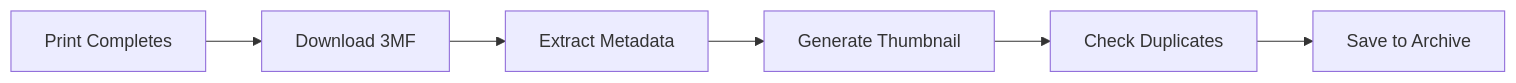
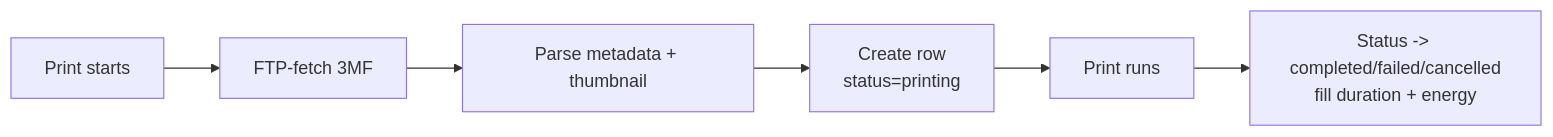
Before and after one commit to kainpl/bamdude: the diagram in docs/features/archiving.md, drawn with Mermaid. The commit also changed other lines of this file and 84 other files, not shown here.

````diff
--- a/docs/features/archiving.md
+++ b/docs/features/archiving.md
@@ -16,8 +16,8 @@
 ```mermaid
 graph LR
-    A[Print Completes] --> B[Download 3MF]
-    B --> C[Extract Metadata]
-    C --> D[Generate Thumbnail]
-    D --> E[Check Duplicates]
-    E --> F[Save to Archive]
+    A[Print starts] --> B[FTP-fetch 3MF]
+    B --> C[Parse metadata + thumbnail]
+    C --> D[Create row<br/>status=printing]
+    D --> E[Print runs]
+    E --> F[Status -> completed/failed/cancelled<br/>fill duration + energy]
 ```
````
